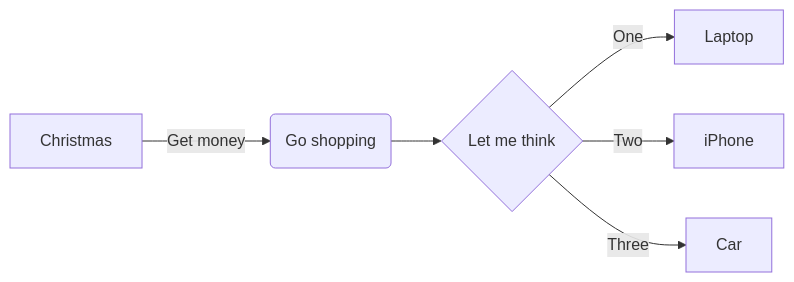
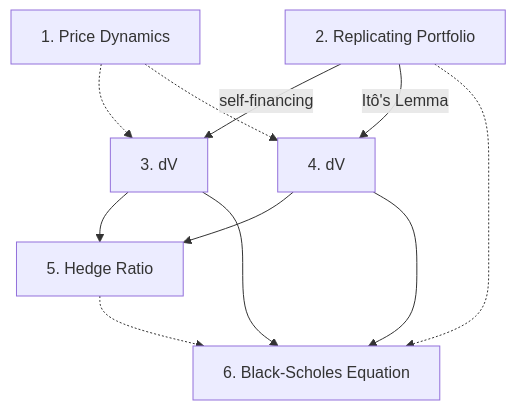
Before and after one commit to imfl/beautiful-jekyll: the diagram in _posts/2018-05-27-a-very-quick-derivation-of-Black-Scholes-equation.md, drawn with Mermaid. The commit also changed other lines of this file, not shown here.

````diff
--- a/_posts/2018-05-27-a-very-quick-derivation-of-Black-Scholes-equation.md
+++ b/_posts/2018-05-27-a-very-quick-derivation-of-Black-Scholes-equation.md
@@ -96,8 +95,13 @@
-```mermaid
-graph LR
-A[Christmas] -->|Get money| B(Go shopping)
-B --> C{Let me think}
-C -->|One| D[Laptop]
-C -->|Two| E[iPhone]
-C -->|Three| F[Car]
-```
+<div class="mermaid">
+graph TD
+    A[1. Price Dynamics] -.-> C[3. dV]
+    B[2. Replicating Portfolio] --self-financing--> C[3. dV]
+    B --Itô's Lemma--> D[4. dV]
+    A -.-> D
+    C --> E[5. Hedge Ratio]
+    C --> F[6. Black-Scholes Equation]
+    D --> E
+    D --> F
+    B -.->F
+    E -.-> F
+</div>
````
